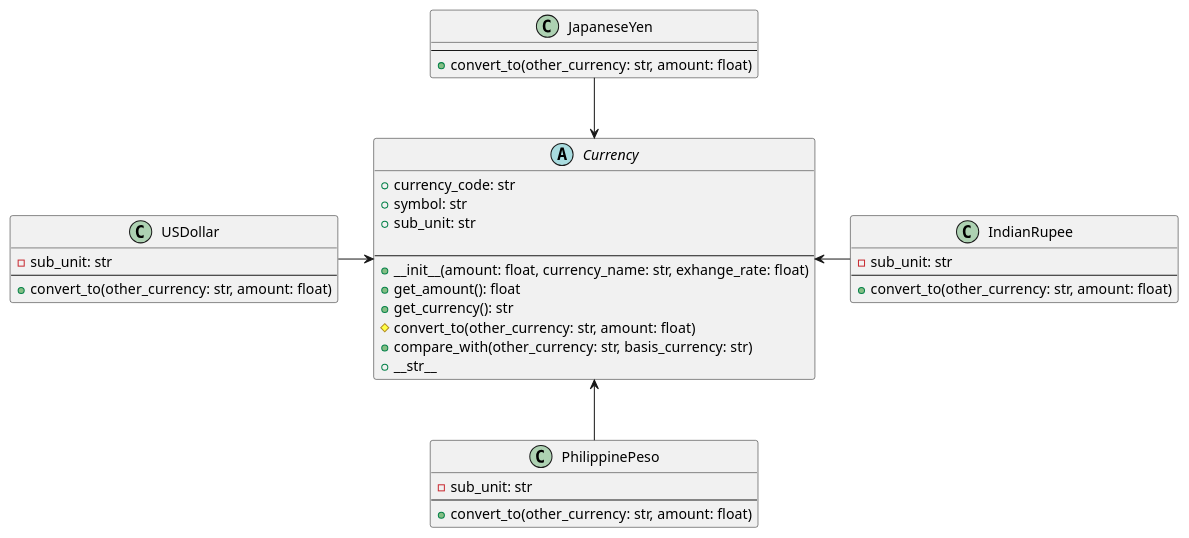
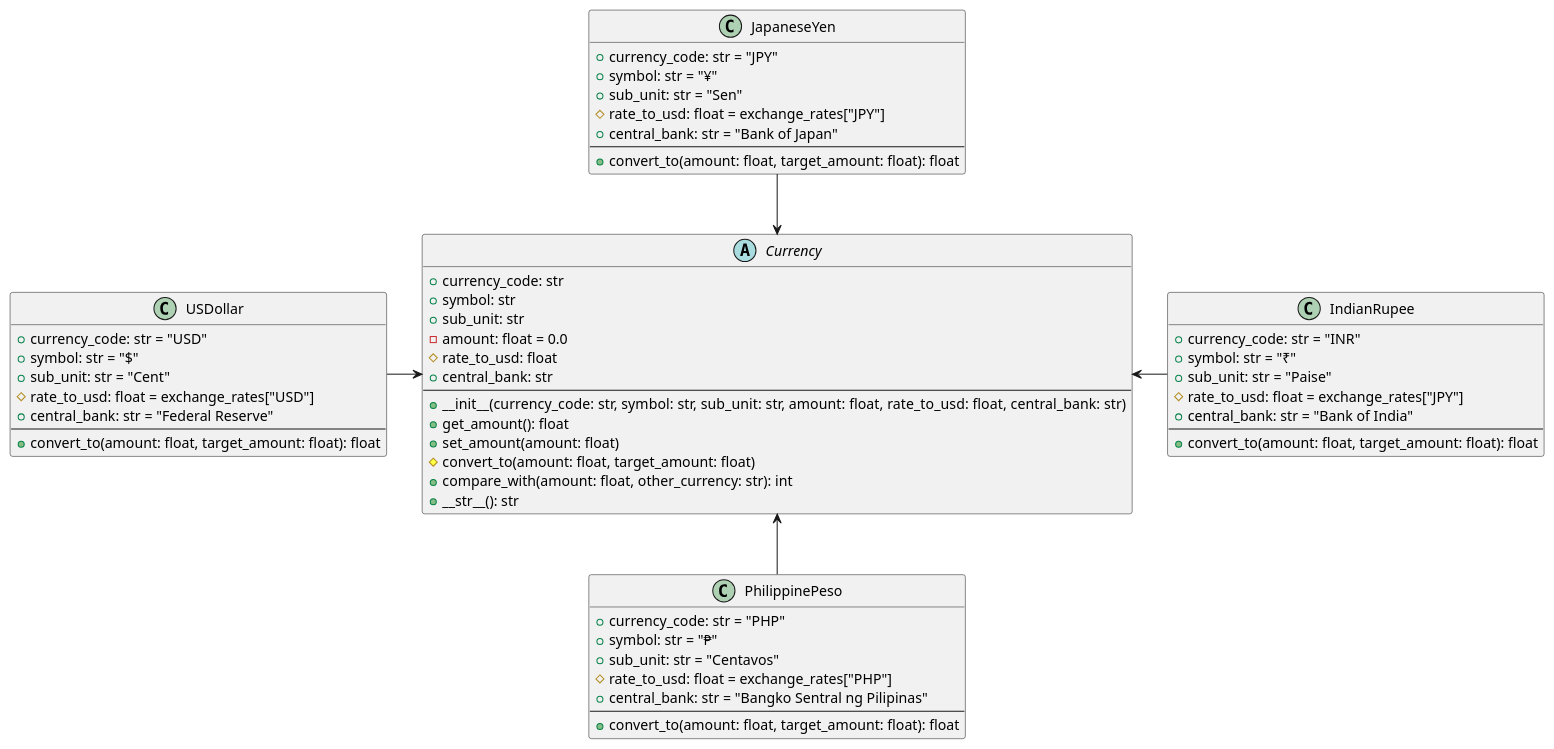
One commit to st-f4tima/CS121_LabAct3-4 changed the diagram in UML-diagram/currency.puml. Above: the diagram before and after it, drawn with PlantUML. The commit also changed 2 other files, not shown here.

```diff
--- a/UML-diagram/currency.puml
+++ b/UML-diagram/currency.puml
@@ -1,47 +1,64 @@
 @startuml currency_uml
+
 abstract class Currency {
     + currency_code: str
     + symbol: str
     + sub_unit: str
-    
+    - amount: float = 0.0
+    # rate_to_usd: float
+    + central_bank: str
     ---
-    + __init__(amount: float, currency_name: str, exhange_rate: float)
+    + __init__(currency_code: str, symbol: str, sub_unit: str, amount: float, rate_to_usd: float, central_bank: str)
     + get_amount(): float
-    + get_currency(): str
-    # convert_to(other_currency: str, amount: float)
-    + compare_with(other_currency: str, basis_currency: str)
-    + __str__
+    + set_amount(amount: float)
+    # convert_to(amount: float, target_amount: float)
+    + compare_with(amount: float, other_currency: str): int
+    + __str__(): str
 }
 
 class PhilippinePeso {
-    - sub_unit: str
+    + currency_code: str = "PHP"
+    + symbol: str = "₱"
+    + sub_unit: str = "Centavos"
+    # rate_to_usd: float = exchange_rates["PHP"]
+    + central_bank: str = "Bangko Sentral ng Pilipinas"
     ---
-    + convert_to(other_currency: str, amount: float)
+    + convert_to(amount: float, target_amount: float): float
 }
 
 class JapaneseYen {
+    + currency_code: str = "JPY"
+    + symbol: str = "¥"
+    + sub_unit: str = "Sen"
+    # rate_to_usd: float = exchange_rates["JPY"]
+    + central_bank: str = "Bank of Japan"
     ---
-    + convert_to(other_currency: str, amount: float)
+    + convert_to(amount: float, target_amount: float): float
 }
 
 class USDollar {
-    - sub_unit: str
+    + currency_code: str = "USD"
+    + symbol: str = "$"
+    + sub_unit: str = "Cent"
+    # rate_to_usd: float = exchange_rates["USD"]
+    + central_bank: str = "Federal Reserve"
     ---
-    + convert_to(other_currency: str, amount: float)
+    + convert_to(amount: float, target_amount: float): float
 }
 
 class IndianRupee {
-    - sub_unit: str
+    + currency_code: str = "INR"
+    + symbol: str = "₹"
+    + sub_unit: str = "Paise"
+    # rate_to_usd: float = exchange_rates["JPY"]
+    + central_bank: str = "Bank of India"
     ---
-    + convert_to(other_currency: str, amount: float)
+    + convert_to(amount: float, target_amount: float): float
 }
 
 Currency <-down- PhilippinePeso 
 Currency <-up- JapaneseYen
 Currency <-left- USDollar
 Currency <-right- IndianRupee
 
-' PhilippinePeso -down-> Currency
-' JapaneseYen -up-> Currency
-
 @enduml
```
